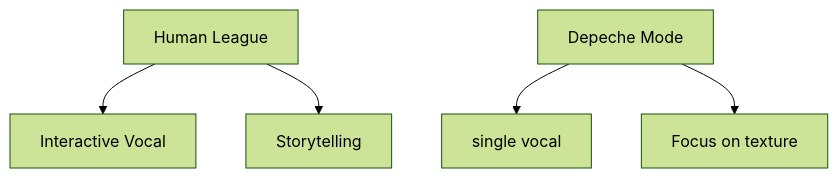
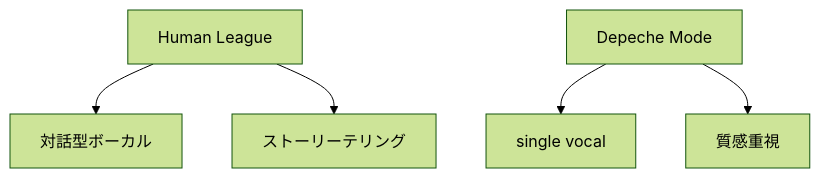
Before and after one commit to monumental-movement/monumental-movement.github.io: the fourth of 5 diagrams in en/_posts/2026-07-05-column-depache-mode-human-league.md, drawn with Mermaid (forest theme). The commit also changed other lines of this file and 2196 other files, not shown here.

```diff
--- a/en/_posts/2026-07-05-column-depache-mode-human-league.md
+++ b/en/_posts/2026-07-05-column-depache-mode-human-league.md
@@ -161,9 +160,9 @@
 <div class="mermaid">
 graph TD
-A["Human League"] --> A1["Interactive Vocal"]
-A --> A2["Storytelling"]
+A["Human League"] --> A1["対話型ボーカル"]
+A --> A2["ストーリーテリング"]
 
 B["Depeche Mode"] --> B1["single vocal"]
-B --> B2["Focus on texture"]
+B --> B2["質感重視"]
 
 </div>
```
